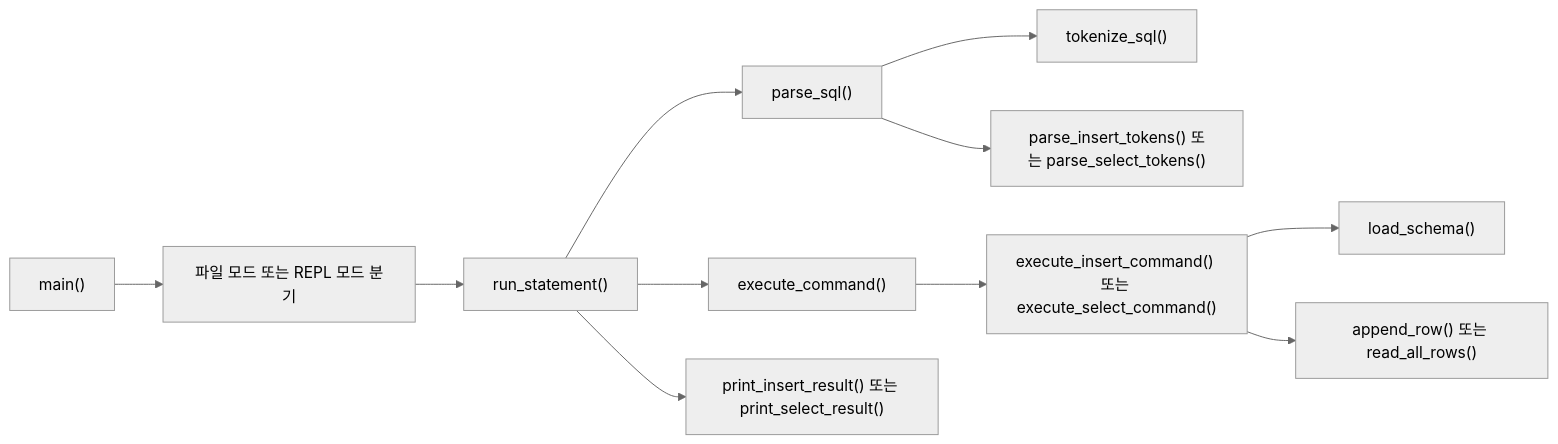
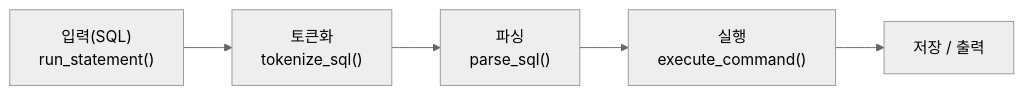
One commit to jungilyu15/Mini_SQL changed the first of 6 diagrams in README.md. Above: the diagram before and after it, drawn with Mermaid (neutral theme). The commit also changed other lines of this file, not shown here.

First line of the commit message:
Revise project execution flow and data handling details

````diff
--- a/README.md
+++ b/README.md
@@ -120,13 +121,7 @@
 ```mermaid
 flowchart LR
-    A["main()"] --> B["파일 모드 또는 REPL 모드 분기"]
-    B --> C["run_statement()"]
-    C --> D["parse_sql()"]
-    D --> E["tokenize_sql()"]
-    D --> F["parse_insert_tokens() 또는 parse_select_tokens()"]
-    C --> G["execute_command()"]
-    G --> H["execute_insert_command() 또는 execute_select_command()"]
-    H --> I["load_schema()"]
-    H --> J["append_row() 또는 read_all_rows()"]
-    C --> K["print_insert_result() 또는 print_select_result()"]
+    A["입력(SQL)<br/>run_statement()"] --> B["토큰화<br/>tokenize_sql()"]
+    B --> C["파싱<br/>parse_sql()"]
+    C --> D["실행<br/>execute_command()"]
+    D --> E["저장 / 출력"]
 ```
````
